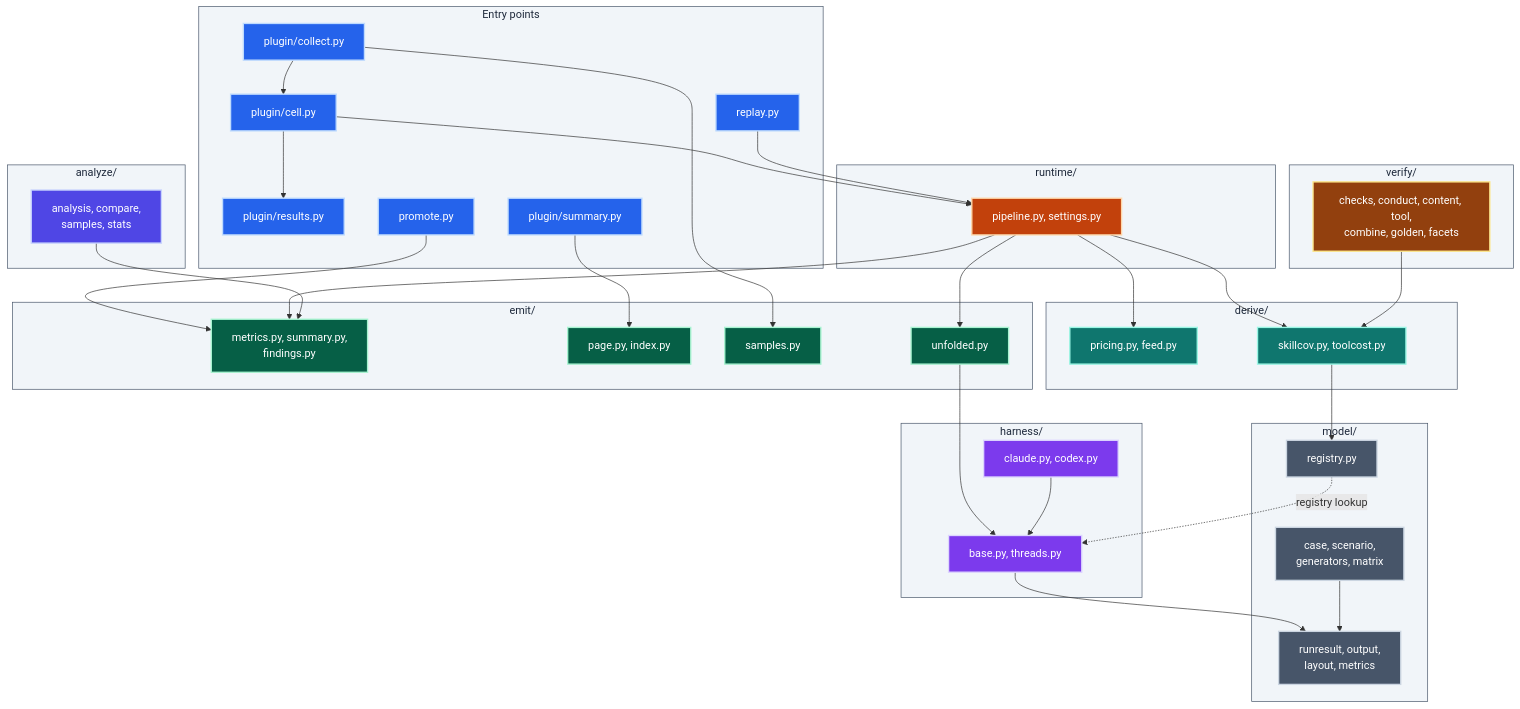
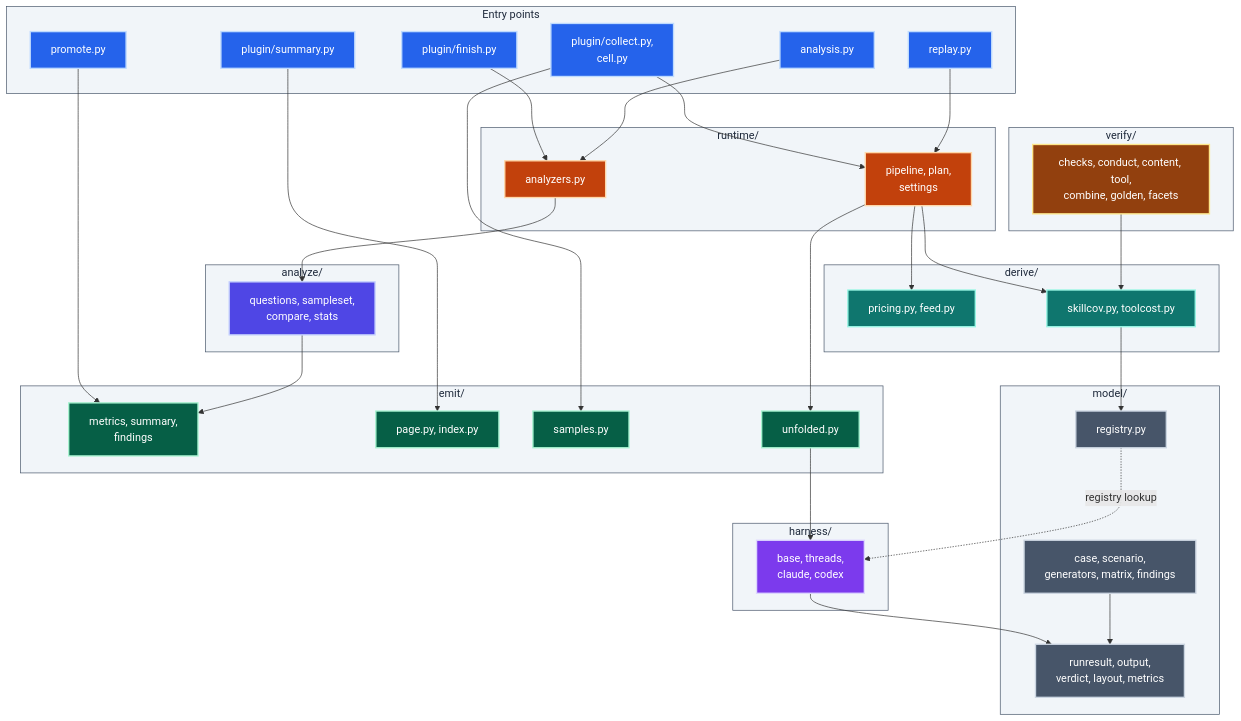
Before and after one commit to neozenith/pytest-xharness-eval: the fourth of 39 diagrams in ARCHITECTURE.md, drawn with Mermaid. The commit also changed other lines of this file and 1 other file, not shown here.

First line of the commit message:
docs: ARCHITECTURE.md refreshed for the wired Analyzer, CellPlan and ADR 0076 names

````diff
--- a/ARCHITECTURE.md
+++ b/ARCHITECTURE.md
@@ -255,73 +257,73 @@
 ```mermaid
 flowchart TB
     subgraph ENTRY["Entry points"]
-        P_COL["plugin/collect.py"]
-        P_CELL["plugin/cell.py"]
-        P_RES["plugin/results.py"]
+        P_CELL["plugin/collect.py,<br/>cell.py"]
+        P_FIN["plugin/finish.py"]
         P_SUM["plugin/summary.py"]
         P_REP["replay.py"]
         P_PRO["promote.py"]
+        P_ANA["analysis.py"]
     end
     subgraph RUNTIME["runtime/"]
-        R_PIPE["pipeline.py, settings.py"]
+        R_PIPE["pipeline, plan,<br/>settings"]
+        R_AN["analyzers.py"]
     end
     subgraph ANALYZE["analyze/"]
-        A_AN["analysis, compare,<br/>samples, stats"]
+        A_AN["questions, sampleset,<br/>compare, stats"]
     end
     subgraph EMIT["emit/"]
-        E_MET["metrics.py, summary.py,<br/>findings.py"]
+        E_MET["metrics, summary,<br/>findings"]
         E_PAGE["page.py, index.py"]
         E_SAM["samples.py"]
         E_UNF["unfolded.py"]
     end
     subgraph VERIFY["verify/"]
         V_CHK["checks, conduct, content, tool,<br/>combine, golden, facets"]
     end
     subgraph DERIVE["derive/"]
         D_PRI["pricing.py, feed.py"]
         D_COV["skillcov.py, toolcost.py"]
     end
     subgraph HARNESS["harness/"]
-        H_BASE["base.py, threads.py"]
-        H_CLI["claude.py, codex.py"]
+        H_BASE["base, threads,<br/>claude, codex"]
     end
     subgraph MODEL["model/"]
-        M_CASE["case, scenario,<br/>generators, matrix"]
-        M_RUN["runresult, output,<br/>layout, metrics"]
+        M_CASE["case, scenario,<br/>generators, matrix, findings"]
+        M_RUN["runresult, output,<br/>verdict, layout, metrics"]
         M_REG["registry.py"]
     end
 
-    P_COL --> P_CELL --> R_PIPE
-    P_CELL --> P_RES
-    P_COL --> E_SAM
+    P_CELL --> R_PIPE
+    P_CELL --> E_SAM
+    P_FIN & P_ANA --> R_AN
     P_SUM --> E_PAGE
     P_REP --> R_PIPE
     P_PRO --> E_MET
-    R_PIPE --> D_PRI & D_COV & E_MET & E_UNF
-    A_AN --> E_MET
+    R_PIPE --> D_PRI & D_COV & E_UNF
+    R_AN --> A_AN --> E_MET
     E_UNF --> H_BASE
     V_CHK --> D_COV
     D_COV --> M_REG
-    H_CLI --> H_BASE --> M_RUN
+    H_BASE --> M_RUN
     M_REG -.->|registry lookup| H_BASE
     M_CASE --> M_RUN
 
     classDef entry fill:#2563eb,stroke:#bfdbfe,color:#fff,stroke-width:2px
     classDef domain fill:#475569,stroke:#cbd5e1,color:#fff,stroke-width:2px
     classDef adapter fill:#7c3aed,stroke:#ddd6fe,color:#fff,stroke-width:2px
     classDef derive fill:#0f766e,stroke:#99f6e4,color:#fff,stroke-width:2px
     classDef verify fill:#92400e,stroke:#fde68a,color:#fff,stroke-width:2px
     classDef emit fill:#065f46,stroke:#a7f3d0,color:#fff,stroke-width:2px
     classDef analyze fill:#4f46e5,stroke:#c7d2fe,color:#fff,stroke-width:2px
     classDef runtime fill:#c2410c,stroke:#fed7aa,color:#fff,stroke-width:2px
     classDef sg fill:#f1f5f9,stroke:#475569,color:#1e293b
-    class P_COL,P_CELL,P_RES,P_SUM,P_REP,P_PRO entry
-    class R_PIPE runtime
+    class P_CELL,P_FIN,P_SUM,P_REP,P_PRO,P_ANA entry
+    class R_PIPE,R_AN runtime
     class A_AN analyze
     class E_MET,E_PAGE,E_SAM,E_UNF emit
     class V_CHK verify
     class D_PRI,D_COV derive
-    class H_BASE,H_CLI adapter
+    class H_BASE adapter
     class M_CASE,M_RUN,M_REG domain
     class ENTRY,RUNTIME,ANALYZE,EMIT,VERIFY,DERIVE,HARNESS,MODEL sg
 ```
````
